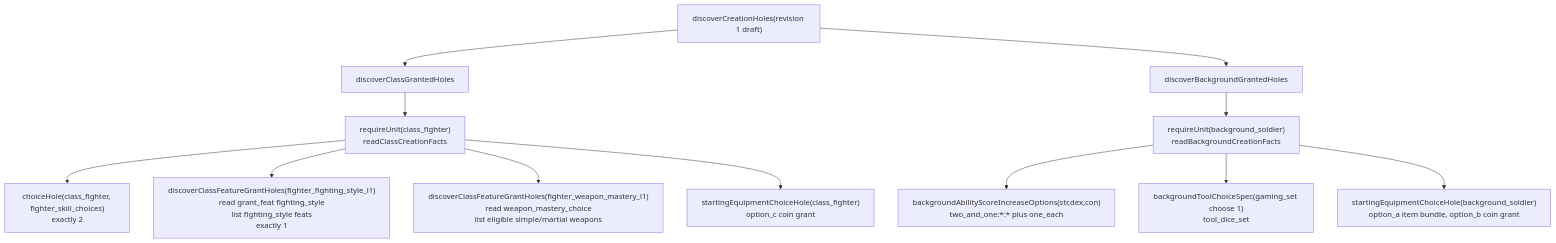
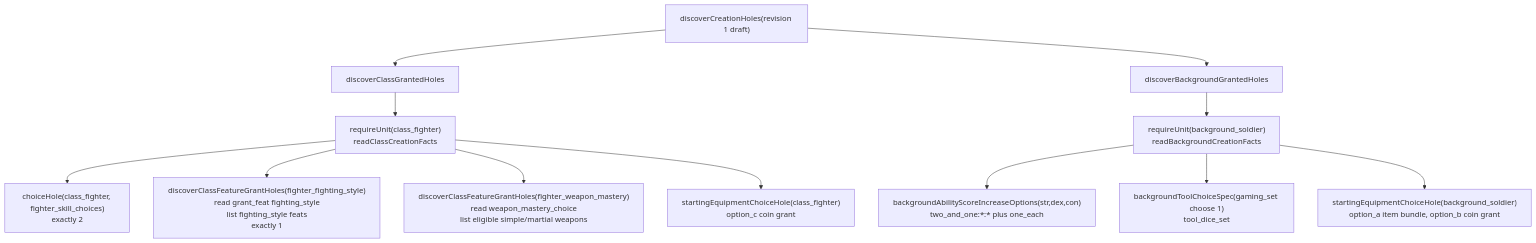
Before and after one commit to dearlordylord/5e-quint: the sixth of 10 diagrams in packages/character-creation-runtime/EXPLANATORY_TIME_DIAGRAM.md, drawn with Mermaid. The commit also changed other lines of this file and 120 other files, not shown here.

Commit message:
Normalize surface feature ids and choice keys

````diff
--- a/packages/character-creation-runtime/EXPLANATORY_TIME_DIAGRAM.md
+++ b/packages/character-creation-runtime/EXPLANATORY_TIME_DIAGRAM.md
@@ -356,24 +356,24 @@
 ```mermaid
 flowchart TD
   D["discoverCreationHoles(revision 1 draft)"]
   Class["discoverClassGrantedHoles"]
   ClassRead["requireUnit(class_fighter)<br/>readClassCreationFacts"]
   Skills["choiceHole(class_fighter, fighter_skill_choices)<br/>exactly 2"]
-  Style["discoverClassFeatureGrantHoles(fighter_fighting_style_l1)<br/>read grant_feat fighting_style<br/>list fighting_style feats<br/>exactly 1"]
-  Mastery["discoverClassFeatureGrantHoles(fighter_weapon_mastery_l1)<br/>read weapon_mastery_choice<br/>list eligible simple/martial weapons"]
+  Style["discoverClassFeatureGrantHoles(fighter_fighting_style)<br/>read grant_feat fighting_style<br/>list fighting_style feats<br/>exactly 1"]
+  Mastery["discoverClassFeatureGrantHoles(fighter_weapon_mastery)<br/>read weapon_mastery_choice<br/>list eligible simple/martial weapons"]
   ClassEquip["startingEquipmentChoiceHole(class_fighter)<br/>option_c coin grant"]
 
   Background["discoverBackgroundGrantedHoles"]
   BgRead["requireUnit(background_soldier)<br/>readBackgroundCreationFacts"]
   ASI["backgroundAbilityScoreIncreaseOptions(str,dex,con)<br/>two_and_one:*:* plus one_each"]
   Tool["backgroundToolChoiceSpec(gaming_set choose 1)<br/>tool_dice_set"]
   BgEquip["startingEquipmentChoiceHole(background_soldier)<br/>option_a item bundle, option_b coin grant"]
 
   D --> Class --> ClassRead --> Skills
   ClassRead --> Style
   ClassRead --> Mastery
   ClassRead --> ClassEquip
   D --> Background --> BgRead --> ASI
   BgRead --> Tool
   BgRead --> BgEquip
 ```
````
